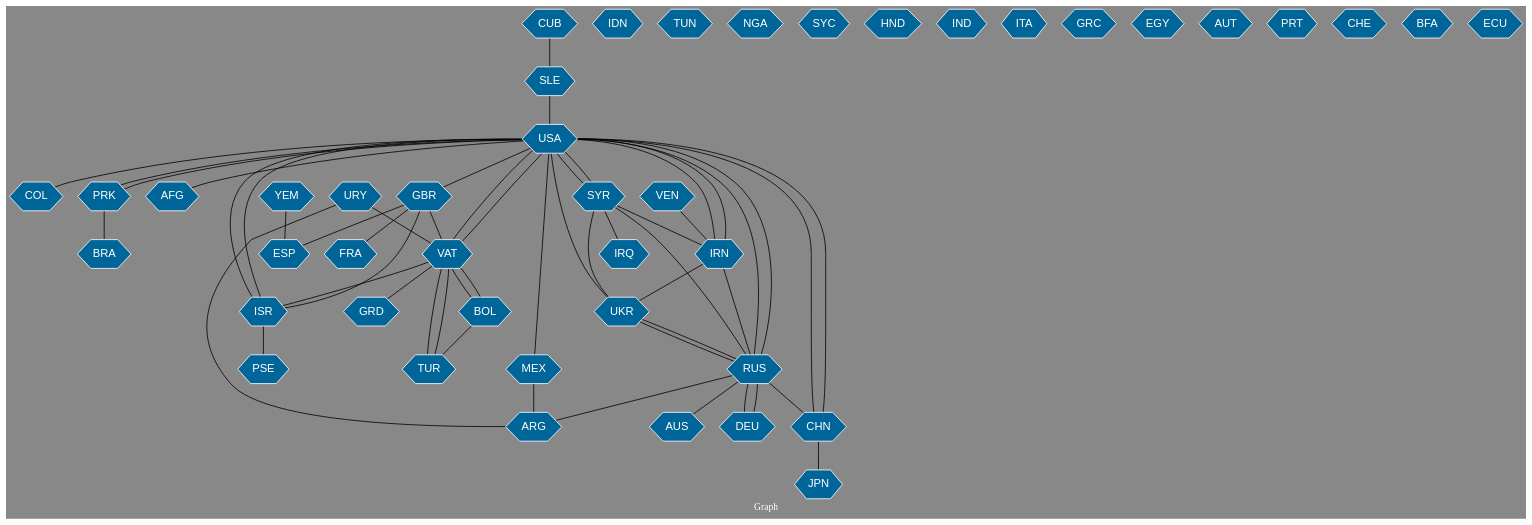
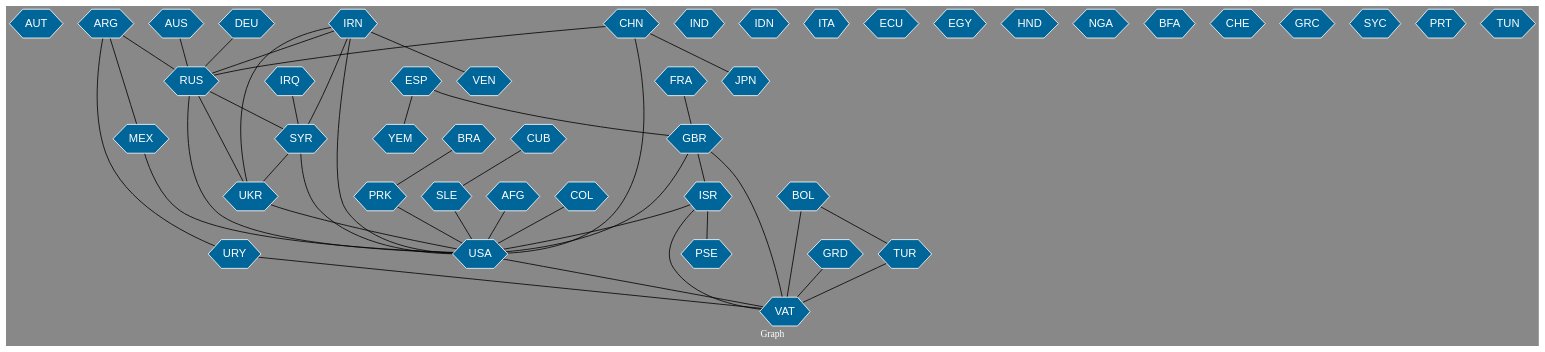
One commit to michal3141/geomedia changed the diagram in images/es_ARG_nacion_int/countries_together_in_item_2014-11-01 00-00-00_2014-12-01 00-00-00.gv. Above: the diagram before and after it, drawn with Graphviz. The commit also changed 1286 other files, not shown here.

Commit message:
Fixing the way graphs are created

```diff
--- a/images/es_ARG_nacion_int/countries_together_in_item_2014-11-01 00-00-00_2014-12-01 00-00-00.gv
+++ b/images/es_ARG_nacion_int/countries_together_in_item_2014-11-01 00-00-00_2014-12-01 00-00-00.gv
@@ -1,103 +1,92 @@
 // Countries together in item graph
 graph {
 	graph [bgcolor="#888888" fontcolor=white fontsize=12 label="Graph" outputorder=edgesfirst overlap=prism]
 	node [color=white fillcolor="#006699" fontcolor=white fontname=Helvetica shape=hexagon style=filled]
 	edge [arrowhead=open color=black fontcolor=white fontname=Courier fontsize=12]
+		AUT [label=AUT]
+		COL [label=COL]
+		DEU [label=DEU]
+		BRA [label=BRA]
 		USA [label=USA]
-		BRA [label=BRA]
+		GBR [label=GBR]
+		IND [label=IND]
+		VAT [label=VAT]
+		SYR [label=SYR]
+		IDN [label=IDN]
+		URY [label=URY]
+		ITA [label=ITA]
+		TUR [label=TUR]
+		BOL [label=BOL]
 		MEX [label=MEX]
+		RUS [label=RUS]
+		VEN [label=VEN]
+		PRK [label=PRK]
+		ECU [label=ECU]
+		ESP [label=ESP]
+		ISR [label=ISR]
+		UKR [label=UKR]
+		ARG [label=ARG]
+		GRD [label=GRD]
+		EGY [label=EGY]
 		IRN [label=IRN]
+		HND [label=HND]
+		CHN [label=CHN]
+		AFG [label=AFG]
+		NGA [label=NGA]
 		SLE [label=SLE]
-		GBR [label=GBR]
+		BFA [label=BFA]
+		PSE [label=PSE]
+		CHE [label=CHE]
+		CUB [label=CUB]
+		YEM [label=YEM]
 		FRA [label=FRA]
-		CHN [label=CHN]
-		RUS [label=RUS]
-		ISR [label=ISR]
-		VAT [label=VAT]
-		COL [label=COL]
-		IDN [label=IDN]
-		ESP [label=ESP]
+		IRQ [label=IRQ]
 		AUS [label=AUS]
-		VEN [label=VEN]
-		BOL [label=BOL]
-		TUR [label=TUR]
-		SYR [label=SYR]
-		IRQ [label=IRQ]
+		GRC [label=GRC]
+		SYC [label=SYC]
+		PRT [label=PRT]
 		TUN [label=TUN]
-		NGA [label=NGA]
-		SYC [label=SYC]
-		ARG [label=ARG]
-		DEU [label=DEU]
-		URY [label=URY]
-		HND [label=HND]
-		UKR [label=UKR]
-		PSE [label=PSE]
 		JPN [label=JPN]
-		IND [label=IND]
-		ITA [label=ITA]
-		PRK [label=PRK]
-		GRC [label=GRC]
-		EGY [label=EGY]
-		AUT [label=AUT]
-		PRT [label=PRT]
-		AFG [label=AFG]
-		GRD [label=GRD]
-		CHE [label=CHE]
-		BFA [label=BFA]
-		YEM [label=YEM]
-		CUB [label=CUB]
-		ECU [label=ECU]
-			USA -- ISR [weight=1]
-			SYR -- USA [weight=1]
-			SYR -- IRQ [weight=1]
-			PRK -- BRA [weight=1]
-			USA -- AFG [weight=3]
-			VAT -- BOL [weight=2]
 			IRN -- RUS [weight=1]
-			USA -- VAT [weight=2]
-			BOL -- VAT [weight=1]
-			DEU -- RUS [weight=1]
-			VEN -- IRN [weight=1]
-			VAT -- GRD [weight=1]
-			VAT -- USA [weight=1]
-			YEM -- ESP [weight=1]
+			SYR -- USA [weight=2]
+			ISR -- PSE [weight=1]
+			DEU -- RUS [weight=2]
+			FRA -- GBR [weight=1]
+			CHN -- USA [weight=5]
+			GRD -- VAT [weight=1]
 			IRN -- UKR [weight=1]
-			USA -- COL [weight=1]
-			GBR -- FRA [weight=1]
-			ISR -- PSE [weight=1]
+			GBR -- VAT [weight=2]
+			RUS -- SYR [weight=1]
 			SLE -- USA [weight=1]
 			SYR -- UKR [weight=1]
 			BOL -- TUR [weight=2]
-			VAT -- TUR [weight=3]
-			UKR -- RUS [weight=1]
-			SYR -- IRN [weight=1]
-			USA -- SYR [weight=1]
-			USA -- CHN [weight=3]
-			TUR -- VAT [weight=3]
-			ISR -- GBR [weight=1]
+			ISR -- VAT [weight=1]
+			GBR -- ISR [weight=1]
+			AFG -- USA [weight=3]
+			ARG -- RUS [weight=1]
+			MEX -- USA [weight=1]
+			ESP -- GBR [weight=1]
+			TUR -- VAT [weight=6]
+			IRN -- VEN [weight=1]
+			AUS -- RUS [weight=1]
+			BRA -- PRK [weight=1]
 			URY -- VAT [weight=1]
-			RUS -- USA [weight=3]
 			CHN -- JPN [weight=1]
-			RUS -- UKR [weight=1]
-			USA -- RUS [weight=2]
-			MEX -- ARG [weight=1]
-			USA -- MEX [weight=1]
-			SYR -- RUS [weight=1]
-			IRN -- USA [weight=1]
-			GBR -- ESP [weight=1]
-			CHN -- USA [weight=2]
-			ISR -- USA [weight=1]
-			RUS -- ARG [weight=1]
+			CHN -- RUS [weight=3]
+			ARG -- MEX [weight=1]
+			RUS -- USA [weight=5]
+			ESP -- YEM [weight=1]
+			RUS -- UKR [weight=2]
+			IRQ -- SYR [weight=1]
+			IRN -- USA [weight=2]
+			USA -- VAT [weight=3]
+			ISR -- USA [weight=2]
+			COL -- USA [weight=1]
 			CUB -- SLE [weight=1]
-			RUS -- DEU [weight=1]
-			RUS -- AUS [weight=1]
-			VAT -- ISR [weight=1]
-			GBR -- VAT [weight=2]
-			PRK -- USA [weight=1]
-			USA -- GBR [weight=1]
-			URY -- ARG [weight=1]
-			RUS -- CHN [weight=3]
-			USA -- UKR [weight=1]
-			USA -- IRN [weight=1]
-			USA -- PRK [weight=2]
+			IRN -- SYR [weight=1]
+			ARG -- URY [weight=1]
+			BOL -- VAT [weight=3]
+			UKR -- USA [weight=1]
+			PRK -- USA [weight=3]
+			GBR -- USA [weight=1]
 }
```
